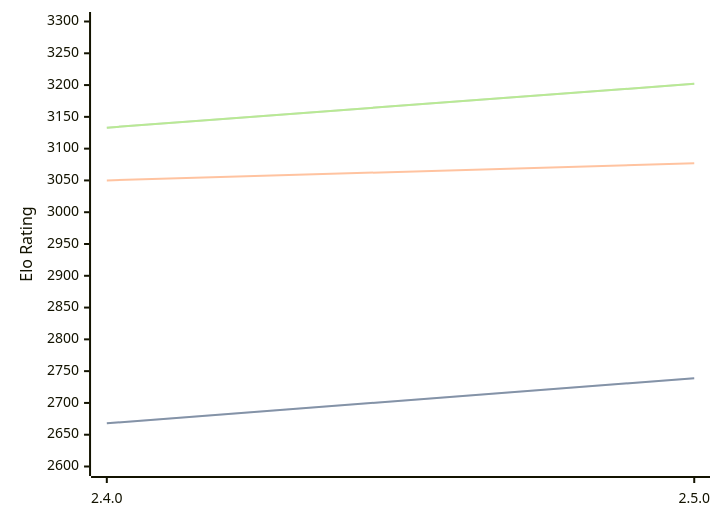
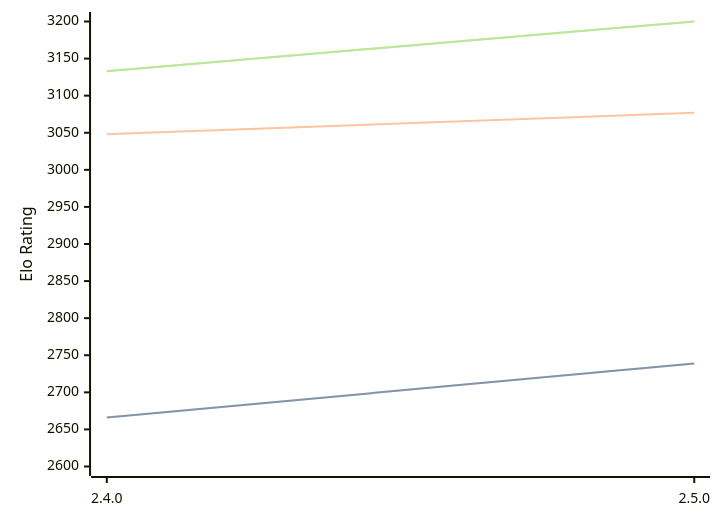
One commit to computer-chess-index/cci changed the diagram in engines/Sturddle2.md. Above: the diagram before and after it, drawn with Mermaid. The commit also changed other lines of this file, not shown here.

Commit message:
Update CCI Ratings (ELO VLTC) - 2026-03-09

````diff
--- a/engines/Sturddle2.md
+++ b/engines/Sturddle2.md
@@ -35,11 +35,11 @@
 ```mermaid
 %%{init: {"theme":"base","themeVariables":{"seriesColors:['#a3a3a3','#222221','#faa371']}}}%%
 xychart-beta
   x-axis ["2.4.0", "2.5.0"]
-  y-axis "Elo Rating" 2600 --> 3300
-  line "STC (8.0+0.08s)" [2668, 2739]
-  line "STC (8.0+0.08s)" [2668, 2739]
-  line "LTC (60.0+0.60s)" [3050, 3077]
-  line "VLTC (2m24s+1.12s)" [3133, 3202]
-  line "VLTC (2m24s+1.12s)" [3133, 3202]
+  y-axis "Elo Rating" 2600 --> 3200
+  line "STC (8.0+0.08s)" [2666, 2739]
+  line "STC (8.0+0.08s)" [2666, 2739]
+  line "LTC (60.0+0.60s)" [3048, 3077]
+  line "VLTC (2m24s+1.12s)" [3133, 3200]
+  line "VLTC (2m24s+1.12s)" [3133, 3200]
 ```
````
